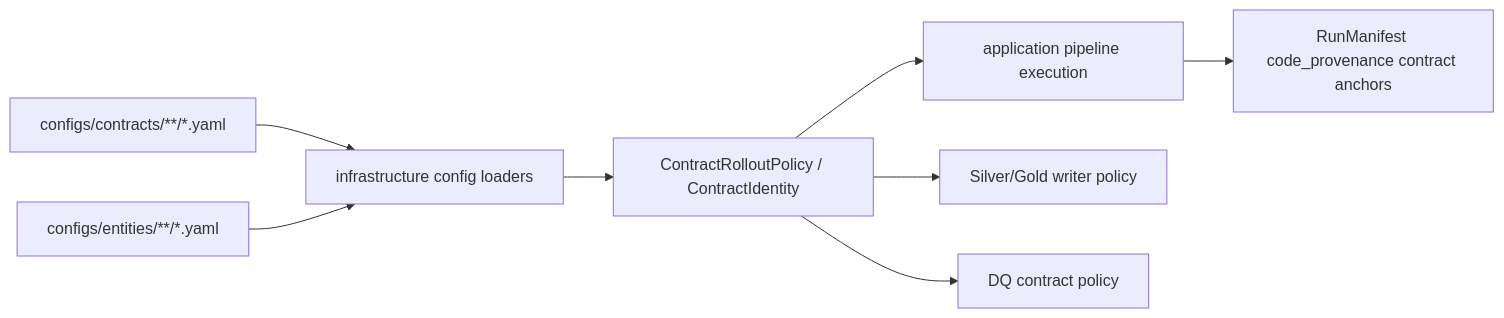
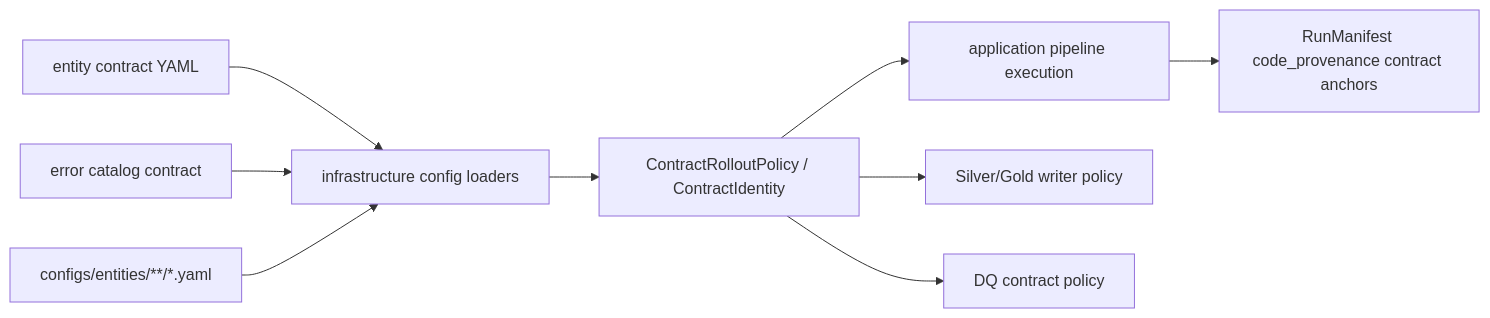
The diagram in docs/04-reference/contracts/data-contracts-current.md (SatoryKono/BioactivityDataAcquisition), drawn with Mermaid before and after one commit. The commit also changed other lines of this file and 58 other files, not shown here.

````diff
--- a/docs/04-reference/contracts/data-contracts-current.md
+++ b/docs/04-reference/contracts/data-contracts-current.md
@@ -47,19 +51,21 @@
 ```mermaid
 flowchart LR
-    ContractYaml["configs/contracts/**/*.yaml"]
+    ContractYaml["entity contract YAML"]
+    ErrorCatalog["error catalog contract"]
     EntityYaml["configs/entities/**/*.yaml"]
     Loader["infrastructure config loaders"]
     Policy["ContractRolloutPolicy / ContractIdentity"]
     Pipeline["application pipeline execution"]
     Writer["Silver/Gold writer policy"]
     Manifest["RunManifest code_provenance contract anchors"]
     DQ["DQ contract policy"]
 
     ContractYaml --> Loader
+    ErrorCatalog --> Loader
     EntityYaml --> Loader
     Loader --> Policy
     Policy --> Pipeline
     Policy --> Writer
     Policy --> DQ
     Pipeline --> Manifest
 ```
````
